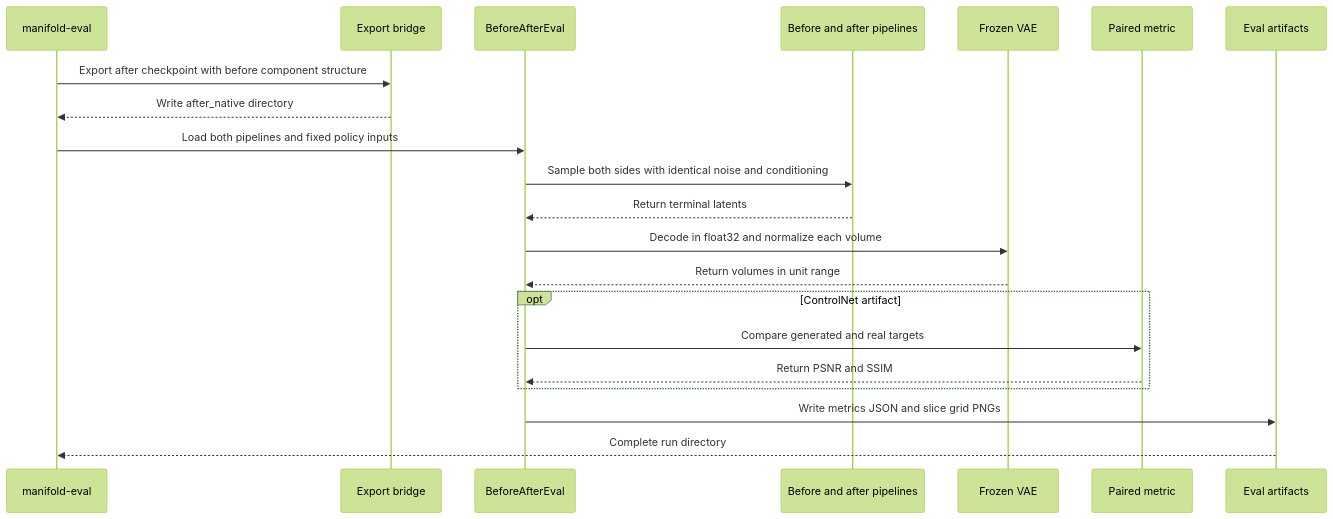
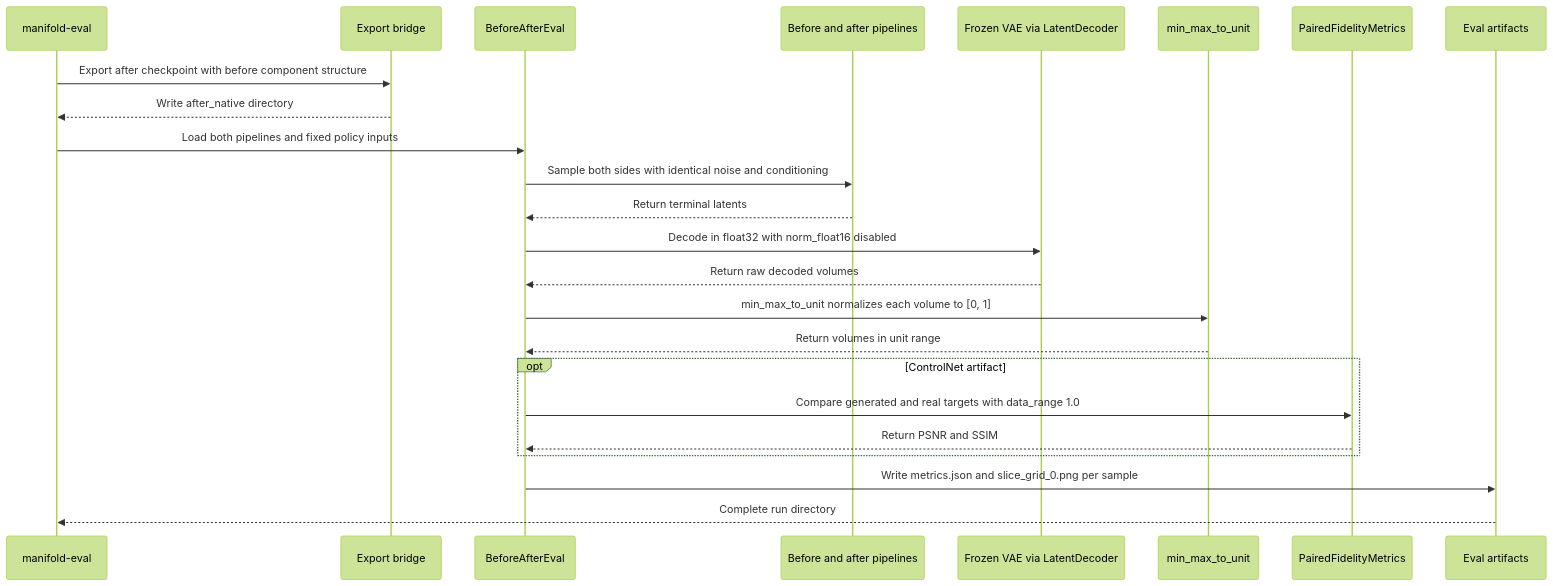
Before and after one commit to ACautomata/manifold: the diagram in openwiki/evaluation.md, drawn with Mermaid (forest theme). The commit also changed other lines of this file and 18 other files, not shown here.

````diff
--- a/openwiki/evaluation.md
+++ b/openwiki/evaluation.md
@@ -37,24 +77,27 @@
 ```mermaid
 sequenceDiagram
     participant CLI as manifold-eval
     participant Bridge as Export bridge
     participant Core as BeforeAfterEval
     participant Policy as Before and after pipelines
-    participant VAE as Frozen VAE
-    participant Metric as Paired metric
+    participant VAE as Frozen VAE via LatentDecoder
+    participant Norm as min_max_to_unit
+    participant Metric as PairedFidelityMetrics
     participant Files as Eval artifacts
 
     CLI->>Bridge: Export after checkpoint with before component structure
     Bridge-->>CLI: Write after_native directory
     CLI->>Core: Load both pipelines and fixed policy inputs
     Core->>Policy: Sample both sides with identical noise and conditioning
     Policy-->>Core: Return terminal latents
-    Core->>VAE: Decode in float32 and normalize each volume
-    VAE-->>Core: Return volumes in unit range
+    Core->>VAE: Decode in float32 with norm_float16 disabled
+    VAE-->>Core: Return raw decoded volumes
+    Core->>Norm: min_max_to_unit normalizes each volume to [0, 1]
+    Norm-->>Core: Return volumes in unit range
     opt ControlNet artifact
-        Core->>Metric: Compare generated and real targets
+        Core->>Metric: Compare generated and real targets with data_range 1.0
         Metric-->>Core: Return PSNR and SSIM
     end
-    Core->>Files: Write metrics JSON and slice grid PNGs
+    Core->>Files: Write metrics.json and slice_grid_0.png per sample
     Files-->>CLI: Complete run directory
 ```
````
